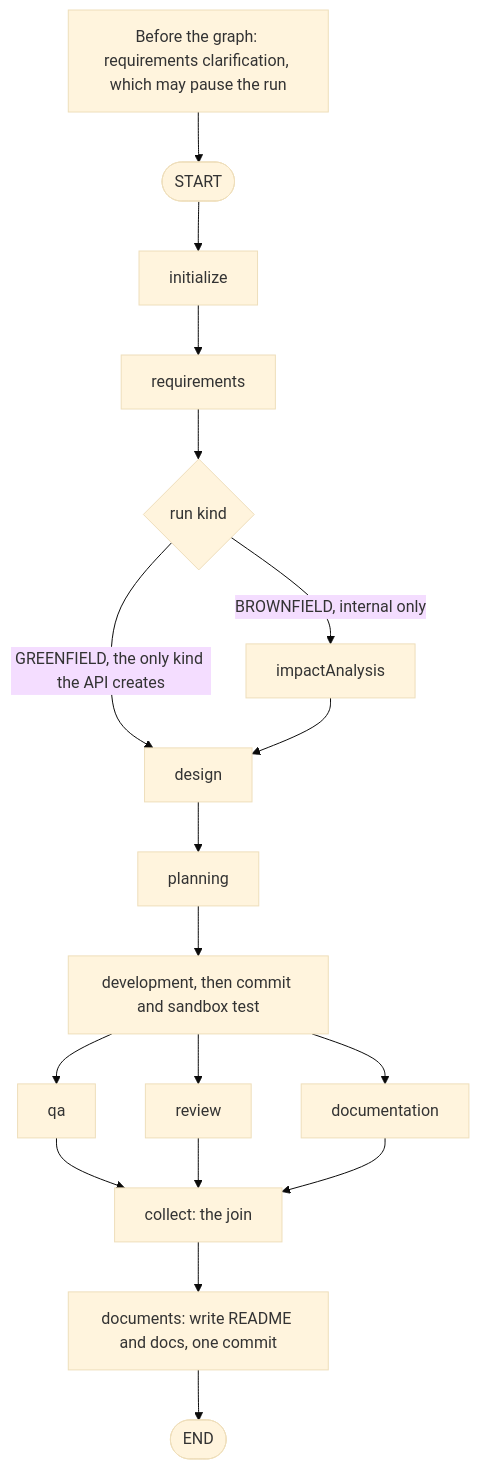
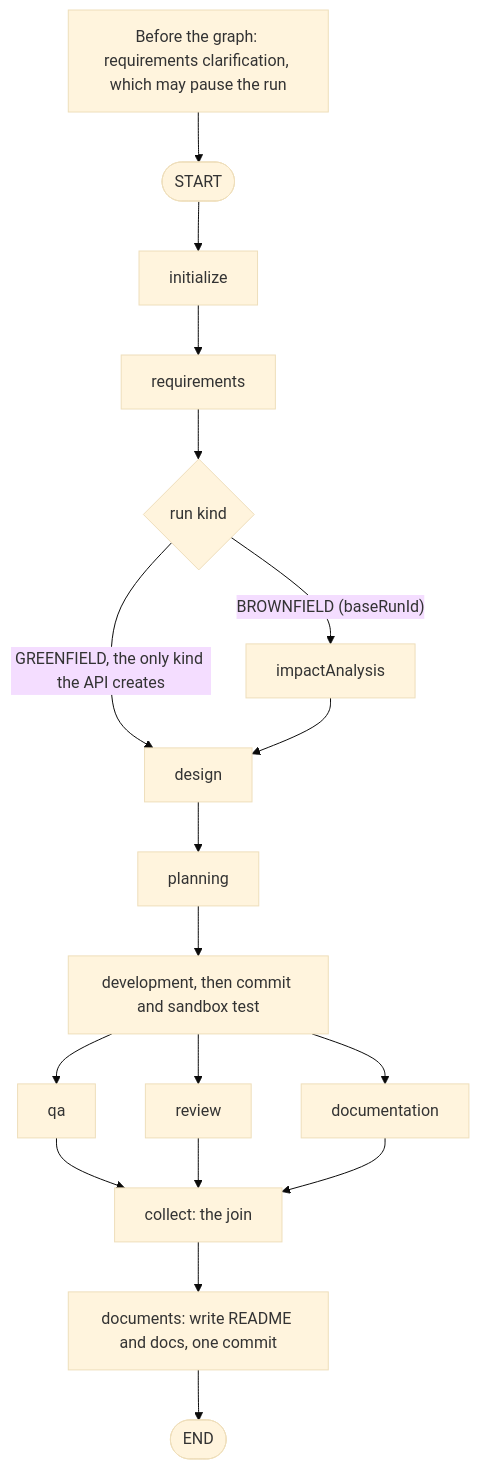
Before and after one commit to bereket1144/ai-sdlc-url-shortner: the second of 4 diagrams in docs/platform/architecture.md, drawn with Mermaid (base theme). The commit also changed other lines of this file and 4 other files, not shown here.

````diff
--- a/docs/platform/architecture.md
+++ b/docs/platform/architecture.md
@@ -88,20 +88,20 @@
 ```mermaid
 flowchart TD
     Pre["Before the graph: requirements clarification, which may pause the run"] --> Entry(["START"])
     Entry --> Init["initialize"]
     Init --> Req["requirements"]
     Req --> Kind{"run kind"}
     Kind -->|"GREENFIELD, the only kind the API creates"| Design["design"]
-    Kind -->|"BROWNFIELD, internal only"| Impact["impactAnalysis"]
+    Kind -->|"BROWNFIELD (baseRunId)"| Impact["impactAnalysis"]
     Impact --> Design
     Design --> Plan["planning"]
     Plan --> Dev["development, then commit and sandbox test"]
     Dev --> QA["qa"]
     Dev --> Review["review"]
     Dev --> Doc["documentation"]
     QA --> Collect["collect: the join"]
     Review --> Collect
     Doc --> Collect
     Collect --> Docs["documents: write README and docs, one commit"]
     Docs --> Done(["END"])
 ```
````
